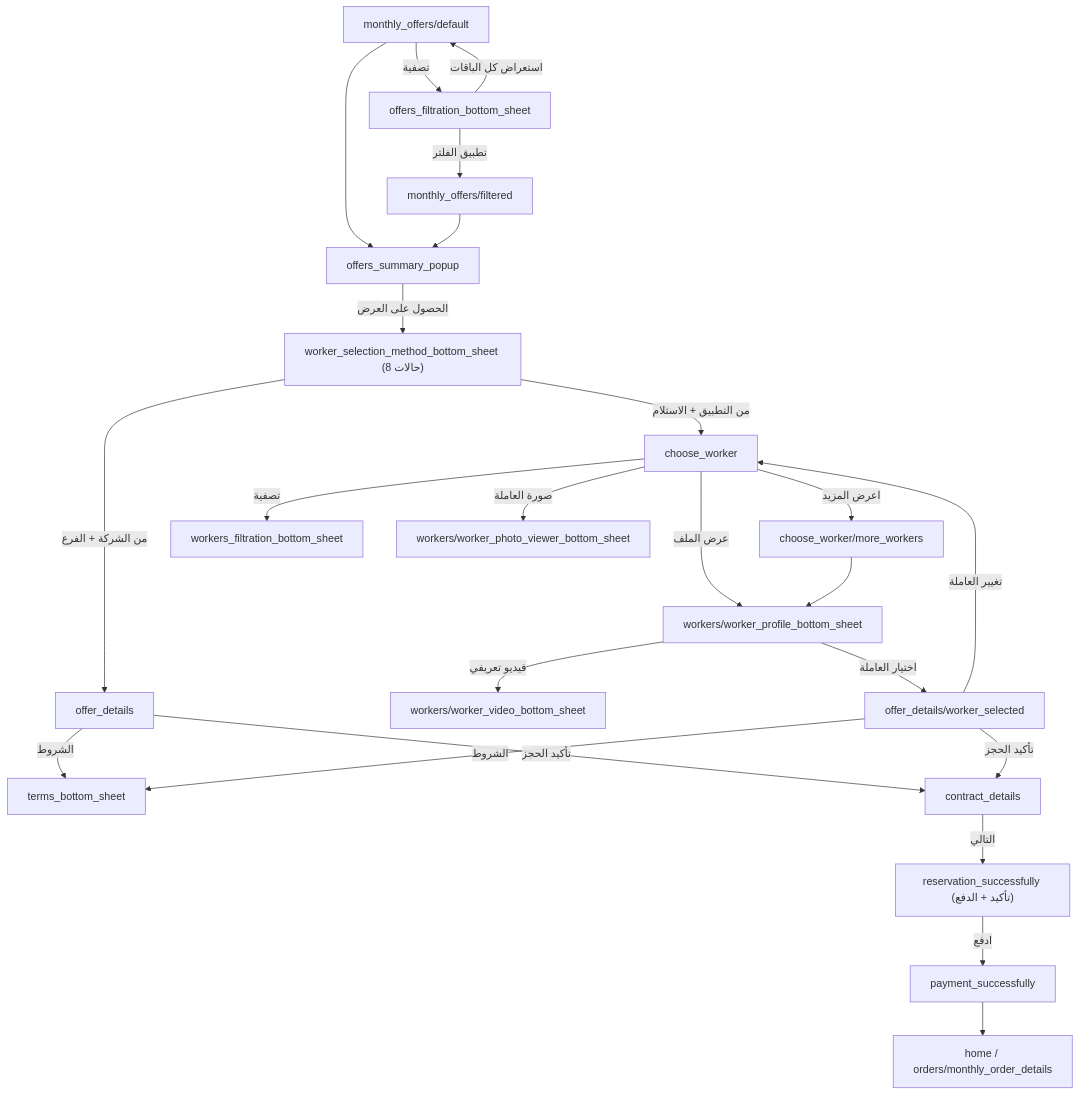
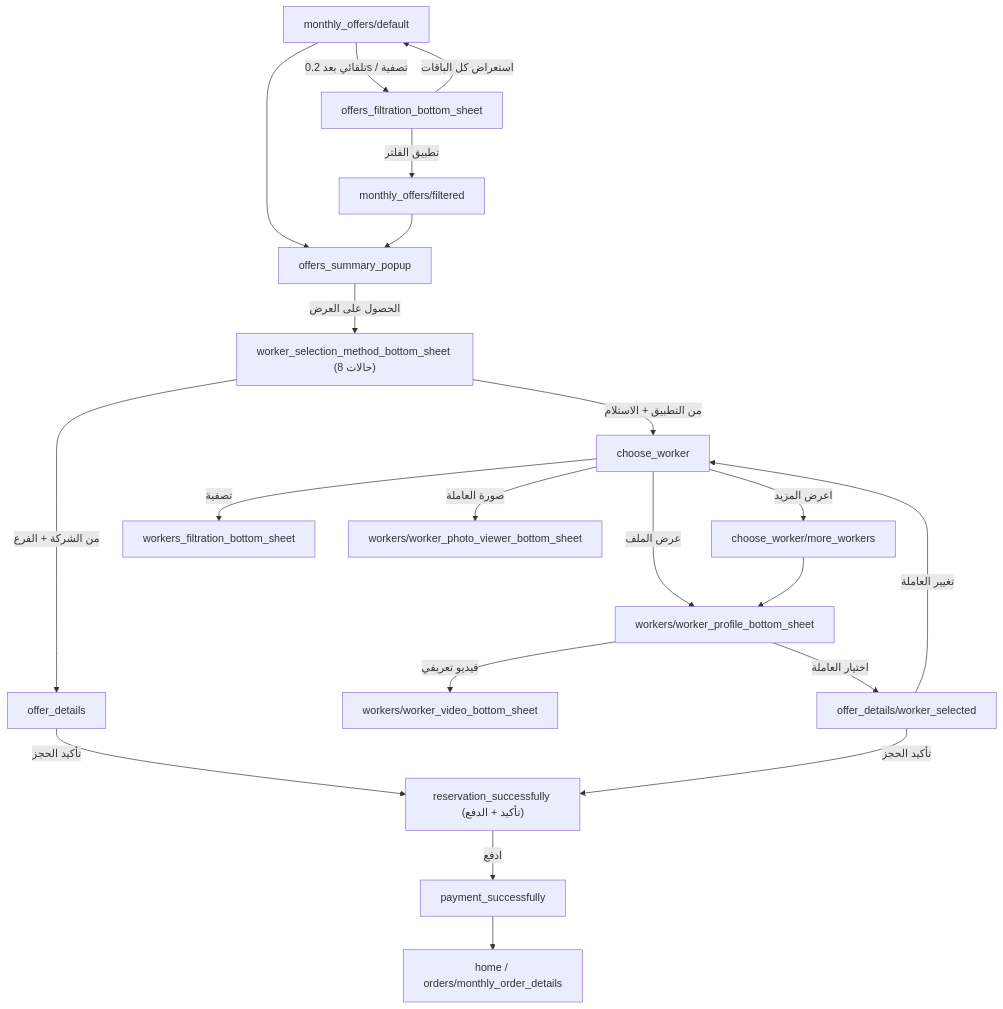
One commit to mmsanad7/belkhedma changed the diagram in project/product/features/monthly-and-medical.md. Above: the diagram before and after it, drawn with Mermaid. The commit also changed other lines of this file and 5 other files, not shown here.

Commit message:
Restore auto-open filter; drop contract details and terms from monthly flow; record repo-update decision

````diff
--- a/project/product/features/monthly-and-medical.md
+++ b/project/product/features/monthly-and-medical.md
@@ -9,26 +9,23 @@
 ```mermaid
 flowchart TD
-    A["monthly_offers/default"] -->|"تصفية"| F["offers_filtration_bottom_sheet"]
+    A["monthly_offers/default"] -->|"تلقائي بعد 0.2s / تصفية"| F["offers_filtration_bottom_sheet"]
     F -->|"تطبيق الفلتر"| A2["monthly_offers/filtered"]
     F -->|"استعراض كل الباقات"| A
     A --> P["offers_summary_popup"]
     A2 --> P
     P -->|"الحصول على العرض"| WM["worker_selection_method_bottom_sheet (8 حالات)"]
     WM -->|"من الشركة + الفرع"| D["offer_details"]
     WM -->|"من التطبيق + الاستلام"| CW["choose_worker"]
     CW -->|"اعرض المزيد"| MW["choose_worker/more_workers"]
     CW -->|"تصفية"| WF["workers_filtration_bottom_sheet"]
     CW -->|"صورة العاملة"| PH["workers/worker_photo_viewer_bottom_sheet"]
     CW -->|"عرض الملف"| PR["workers/worker_profile_bottom_sheet"]
     MW --> PR
     PR -->|"فيديو تعريفي"| VID["workers/worker_video_bottom_sheet"]
     PR -->|"اختيار العاملة"| D2["offer_details/worker_selected"]
     D2 -->|"تغيير العاملة"| CW
-    D -->|"الشروط"| T["terms_bottom_sheet"]
-    D2 -->|"الشروط"| T
-    D -->|"تأكيد الحجز"| CD["contract_details"]
-    D2 -->|"تأكيد الحجز"| CD
-    CD -->|"التالي"| RS["reservation_successfully (تأكيد + الدفع)"]
+    D -->|"تأكيد الحجز"| RS["reservation_successfully (تأكيد + الدفع)"]
+    D2 -->|"تأكيد الحجز"| RS
     RS -->|"ادفع"| PS["payment_successfully"]
     PS --> H["home / orders/monthly_order_details"]
 ```
````
